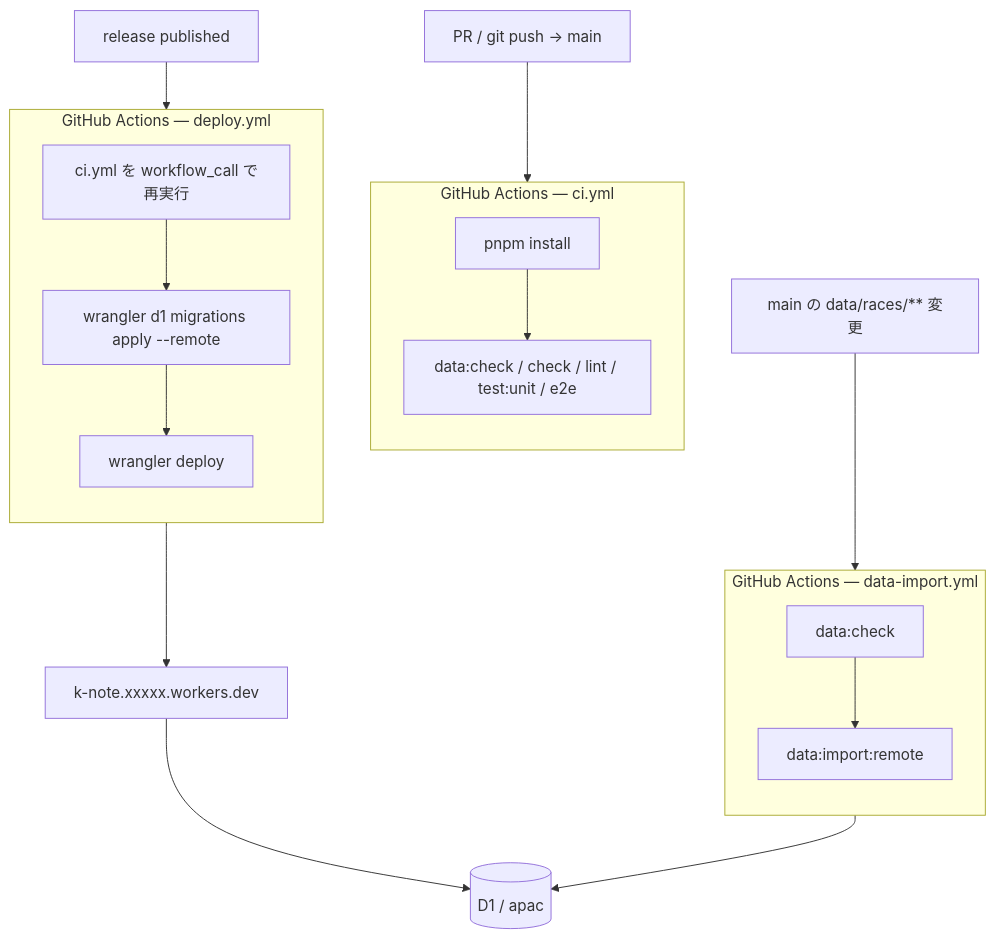
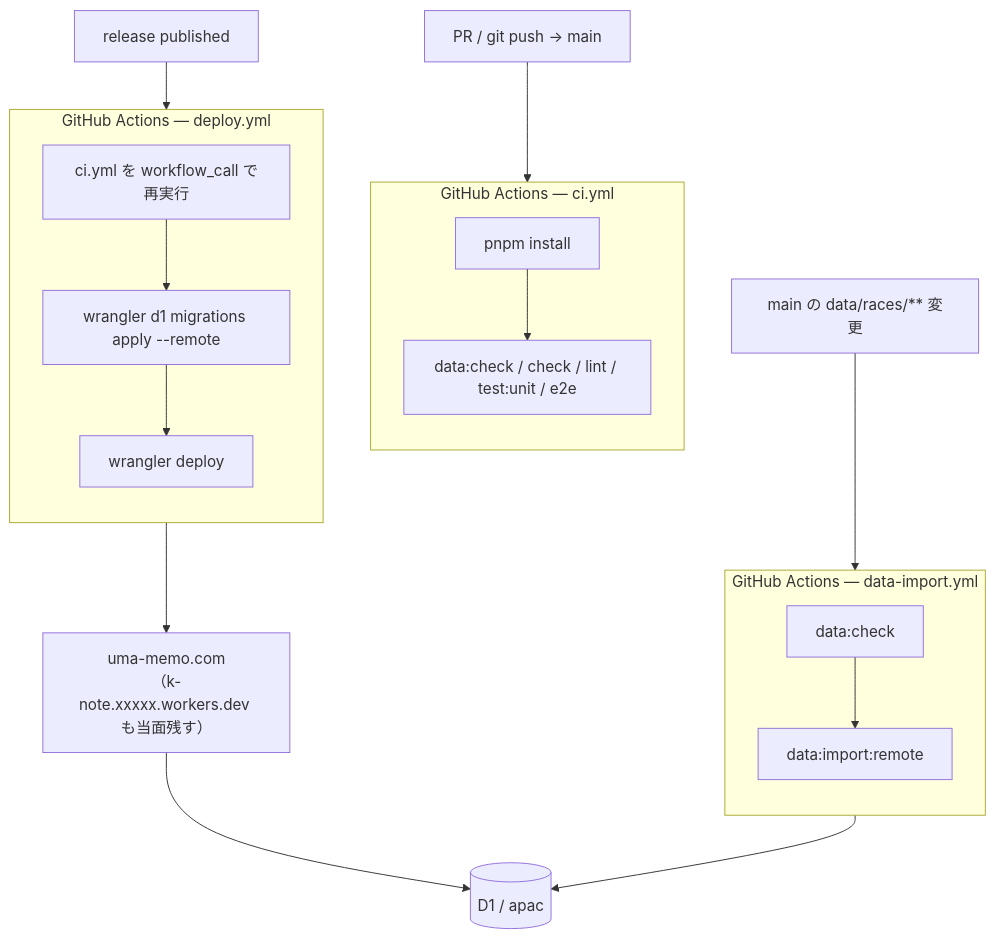
Before and after one commit to Atoyr/keiba-note: the seventh of 9 diagrams in docs/architecture.md, drawn with Mermaid. The commit also changed other lines of this file and 11 other files, not shown here.

First line of the commit message:
docs: アプリ名 uma-memo と独自ドメインへの移し方を反映する

````diff
--- a/docs/architecture.md
+++ b/docs/architecture.md
@@ -417,26 +418,26 @@
 ```mermaid
 flowchart TB
     P["PR / git push → main"] --> CI
     R["release published"] --> DL
     Q["main の data/races/** 変更"] --> DI
 
     subgraph CI["GitHub Actions — ci.yml"]
         direction TB
         I["pnpm install"] --> T["data:check / check / lint / test:unit / e2e"]
     end
 
     subgraph DL["GitHub Actions — deploy.yml"]
         direction TB
         V["ci.yml を workflow_call で再実行"] --> M["wrangler d1 migrations apply --remote"]
         M --> DP["wrangler deploy"]
     end
 
     subgraph DI["GitHub Actions — data-import.yml"]
         direction TB
         C["data:check"] --> IM["data:import:remote"]
     end
 
-    DP --> W["k-note.xxxxx.workers.dev"]
+    DP --> W["uma-memo.com<br/>（k-note.xxxxx.workers.dev も当面残す）"]
     IM --> D
     W --> D[("D1 / apac")]
 ```
````
